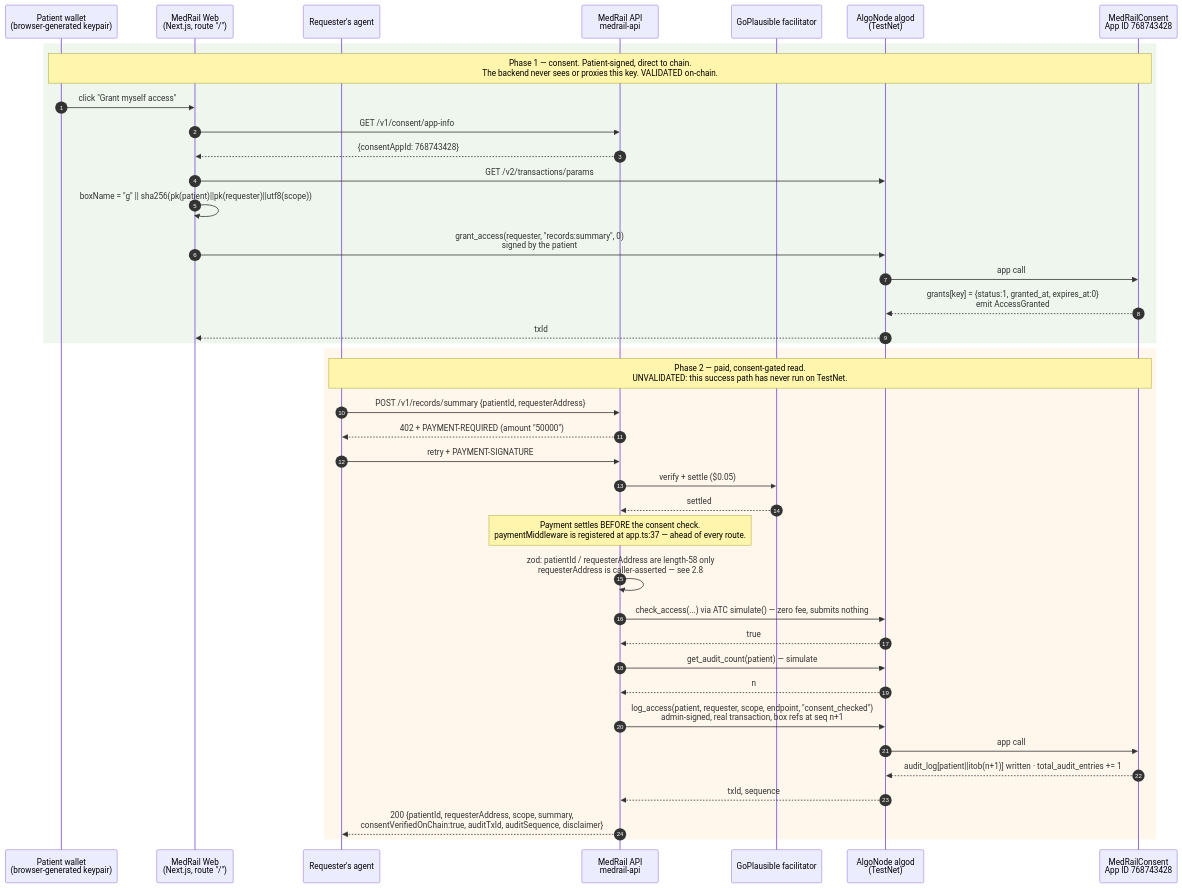
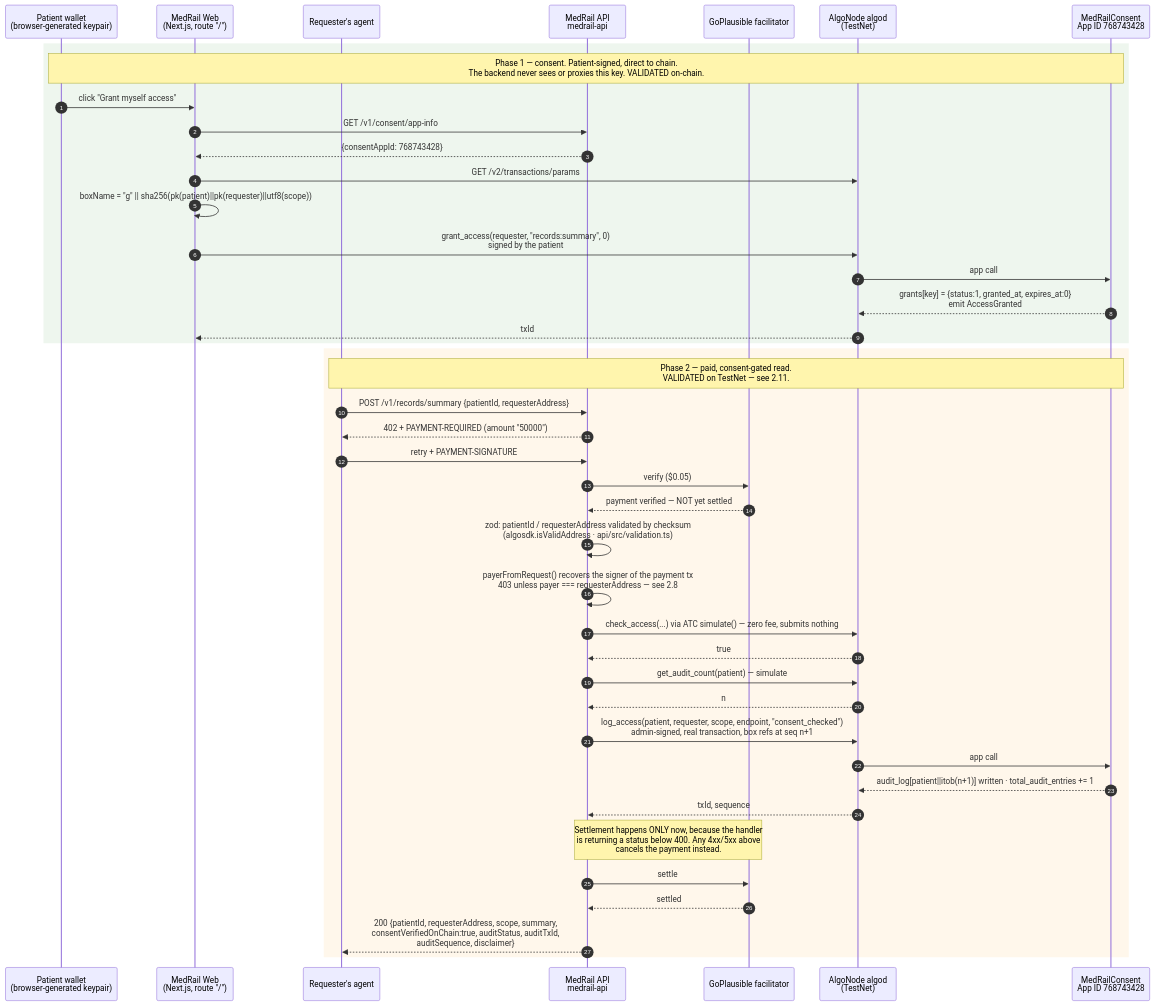
One commit to Hydra-Of-Malice/Medrail changed the second of 5 diagrams in docs/01_Product/User_Journey.md. Above: the diagram before and after it, drawn with Mermaid. The commit also changed other lines of this file and 77 other files, not shown here.

````diff
--- a/docs/01_Product/User_Journey.md
+++ b/docs/01_Product/User_Journey.md
@@ -170,44 +162,47 @@
 ```mermaid
 sequenceDiagram
     autonumber
     participant Pat as Patient wallet<br/>(browser-generated keypair)
     participant Web as MedRail Web<br/>(Next.js, route "/")
     participant Req as Requester's agent
     participant API as MedRail API<br/>medrail-api
     participant Fac as GoPlausible facilitator
     participant Algod as AlgoNode algod<br/>(TestNet)
     participant App as MedRailConsent<br/>App ID 768743428
 
     rect rgb(238,246,238)
     Note over Pat,App: Phase 1 — consent. Patient-signed, direct to chain.<br/>The backend never sees or proxies this key. VALIDATED on-chain.
     Pat->>Web: click "Grant myself access"
     Web->>API: GET /v1/consent/app-info
     API-->>Web: {consentAppId: 768743428}
     Web->>Algod: GET /v2/transactions/params
     Web->>Web: boxName = "g" || sha256(pk(patient)||pk(requester)||utf8(scope))
     Web->>Algod: grant_access(requester, "records:summary", 0)<br/>signed by the patient
     Algod->>App: app call
     App-->>Algod: grants[key] = {status:1, granted_at, expires_at:0}<br/>emit AccessGranted
     Algod-->>Web: txId
     end
 
     rect rgb(255,247,235)
-    Note over Req,App: Phase 2 — paid, consent-gated read.<br/>UNVALIDATED: this success path has never run on TestNet.
+    Note over Req,App: Phase 2 — paid, consent-gated read.<br/>VALIDATED on TestNet — see 2.11.
     Req->>API: POST /v1/records/summary  {patientId, requesterAddress}
     API-->>Req: 402 + PAYMENT-REQUIRED (amount "50000")
     Req->>API: retry + PAYMENT-SIGNATURE
-    API->>Fac: verify + settle  ($0.05)
-    Fac-->>API: settled
-    Note over API: Payment settles BEFORE the consent check.<br/>paymentMiddleware is registered at app.ts:37 — ahead of every route.
-    API->>API: zod: patientId / requesterAddress are length-58 only<br/>requesterAddress is caller-asserted — see 2.8
+    API->>Fac: verify  ($0.05)
+    Fac-->>API: payment verified — NOT yet settled
+    API->>API: zod: patientId / requesterAddress validated by checksum<br/>(algosdk.isValidAddress · api/src/validation.ts)
+    API->>API: payerFromRequest() recovers the signer of the payment tx<br/>403 unless payer === requesterAddress — see 2.8
     API->>Algod: check_access(...) via ATC simulate() — zero fee, submits nothing
     Algod-->>API: true
     API->>Algod: get_audit_count(patient) — simulate
     Algod-->>API: n
     API->>Algod: log_access(patient, requester, scope, endpoint, "consent_checked")<br/>admin-signed, real transaction, box refs at seq n+1
     Algod->>App: app call
     App-->>Algod: audit_log[patient||itob(n+1)] written · total_audit_entries += 1
     Algod-->>API: txId, sequence
-    API-->>Req: 200 {patientId, requesterAddress, scope, summary,<br/>consentVerifiedOnChain:true, auditTxId, auditSequence, disclaimer}
+    Note over API,Fac: Settlement happens ONLY now, because the handler<br/>is returning a status below 400. Any 4xx/5xx above<br/>cancels the payment instead.
+    API->>Fac: settle
+    Fac-->>API: settled
+    API-->>Req: 200 {patientId, requesterAddress, scope, summary,<br/>consentVerifiedOnChain:true, auditStatus, auditTxId,<br/>auditSequence, disclaimer}
     end
 ```
````
